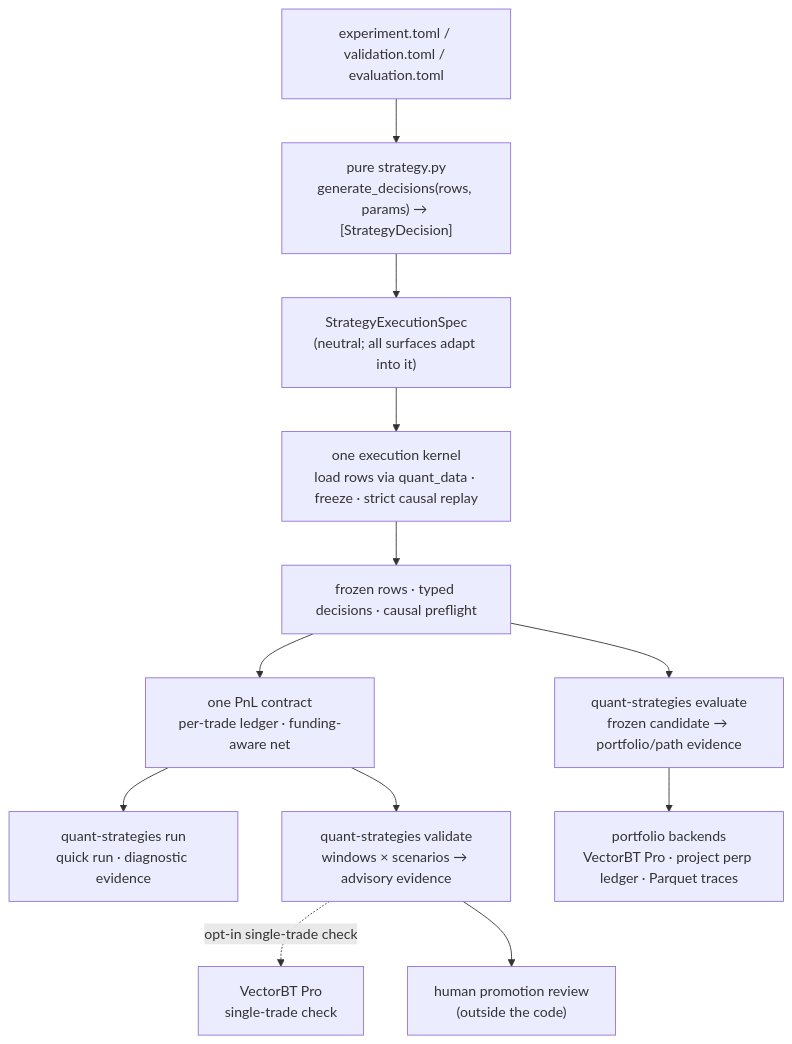
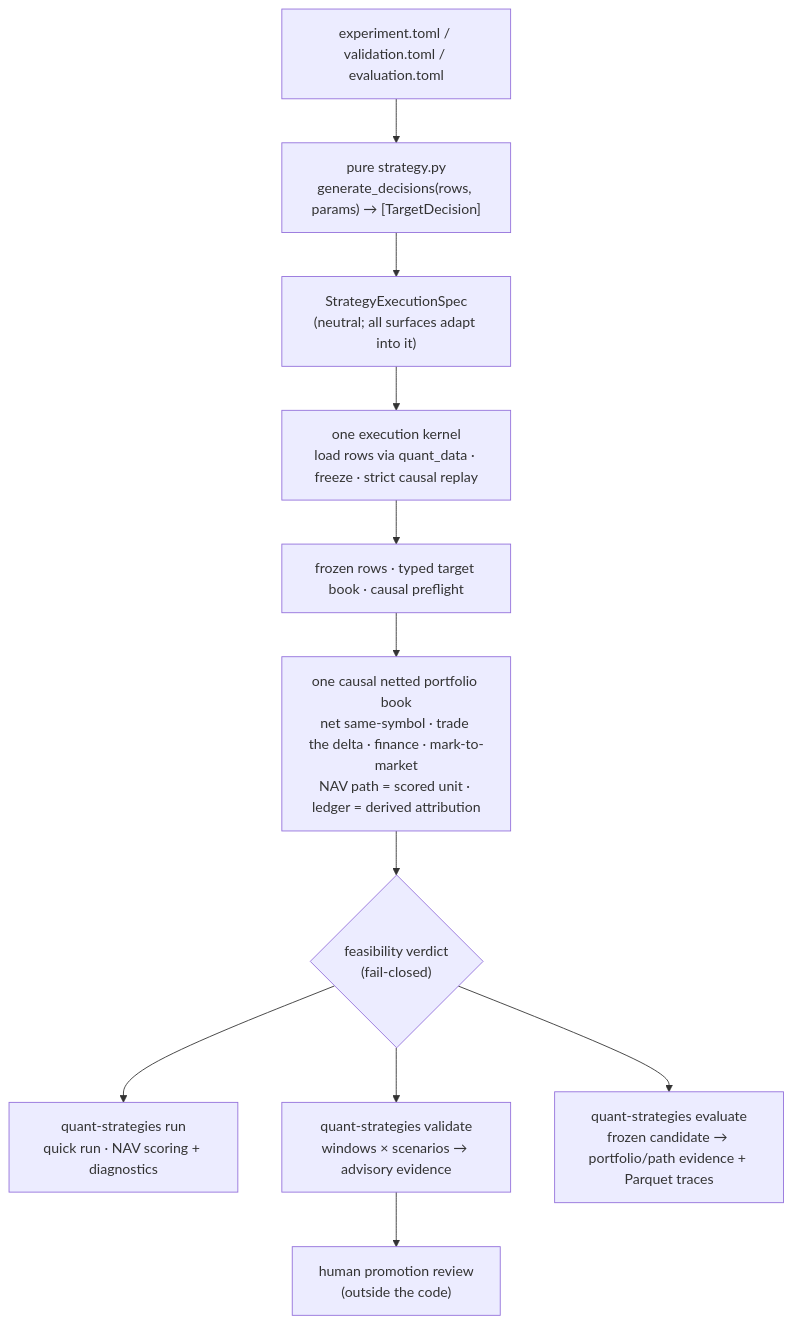
The diagram in README.md (xxSeasonxx/quant_strategies), drawn with Mermaid before and after one commit. The commit also changed other lines of this file and 3 other files, not shown here.

````diff
--- a/README.md
+++ b/README.md
@@ -34,15 +44,14 @@
 ```mermaid
 flowchart TD
     cfg["experiment.toml / validation.toml / evaluation.toml"] --> strat
-    strat["pure strategy.py<br/>generate_decisions(rows, params) → [StrategyDecision]"] --> spec
+    strat["pure strategy.py<br/>generate_decisions(rows, params) → [TargetDecision]"] --> spec
     spec["StrategyExecutionSpec<br/>(neutral; all surfaces adapt into it)"] --> kernel
     kernel["one execution kernel<br/>load rows via quant_data · freeze · strict causal replay"] --> evidence
-    evidence["frozen rows · typed decisions · causal preflight"] --> pnl
-    pnl["one PnL contract<br/>per-trade ledger · funding-aware net"]
-    pnl --> quick["quant-strategies run<br/>quick run · diagnostic evidence"]
-    pnl --> valid["quant-strategies validate<br/>windows × scenarios → advisory evidence"]
-    evidence --> eval["quant-strategies evaluate<br/>frozen candidate → portfolio/path evidence"]
-    valid -. "opt-in single-trade check" .-> oracle["VectorBT Pro<br/>single-trade check"]
-    eval --> vbt["portfolio backends<br/>VectorBT Pro · project perp ledger · Parquet traces"]
+    evidence["frozen rows · typed target book · causal preflight"] --> book
+    book["one causal netted portfolio book<br/>net same-symbol · trade the delta · finance · mark-to-market<br/>NAV path = scored unit · ledger = derived attribution"]
+    book --> verdict{"feasibility verdict<br/>(fail-closed)"}
+    verdict --> quick["quant-strategies run<br/>quick run · NAV scoring + diagnostics"]
+    verdict --> valid["quant-strategies validate<br/>windows × scenarios → advisory evidence"]
+    verdict --> eval["quant-strategies evaluate<br/>frozen candidate → portfolio/path evidence + Parquet traces"]
     valid --> human["human promotion review<br/>(outside the code)"]
 ```
````
